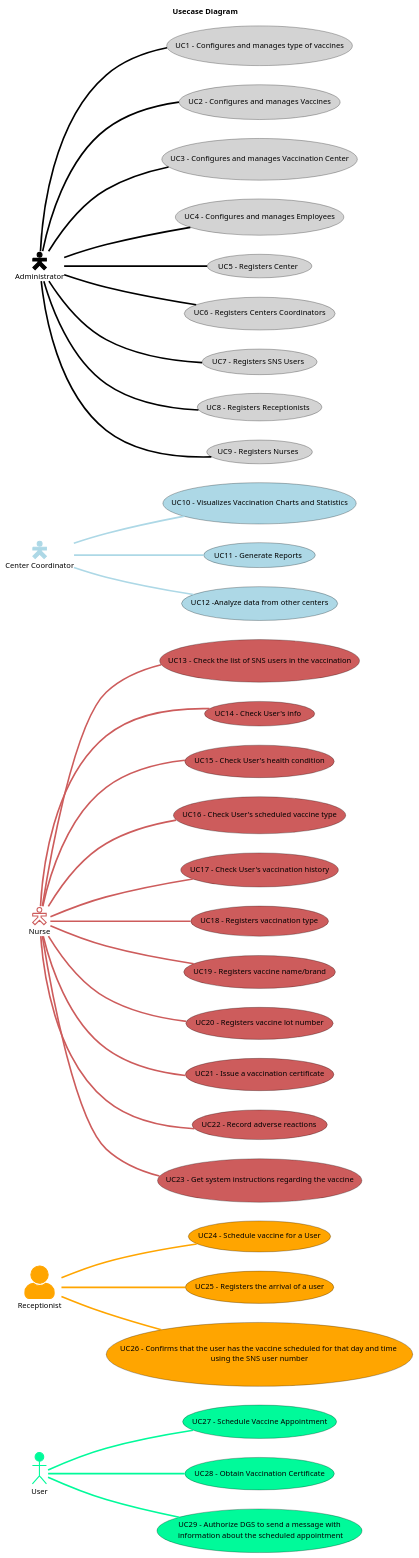
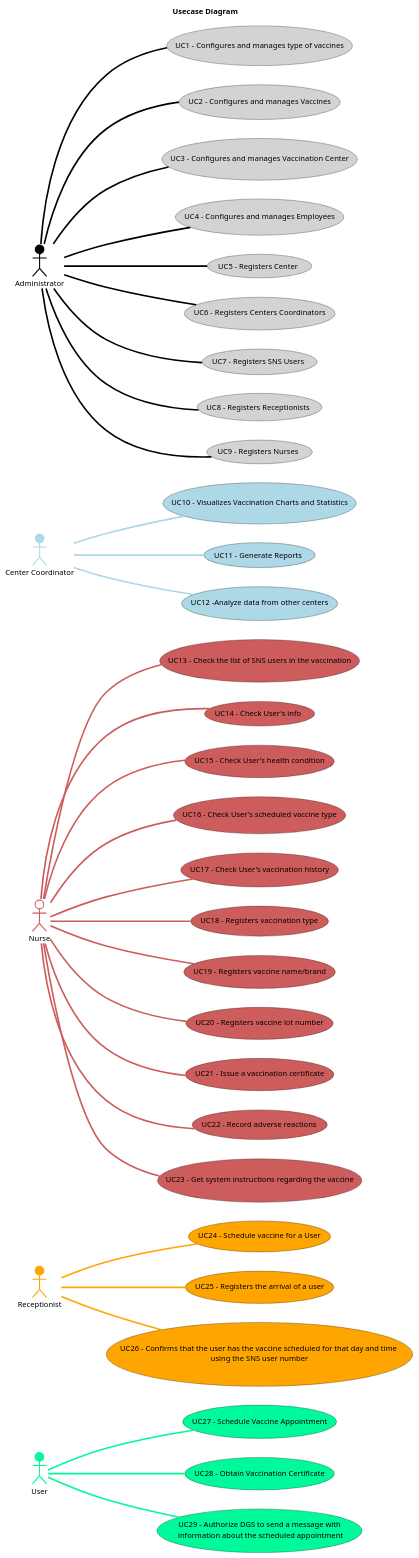
One commit to Pirussa/lei-22-s2-1da-g02 changed the diagram in docs/SprintA/UCD.puml. Above: the diagram before and after it, drawn with PlantUML. The commit also changed 1 other file, not shown here.

```diff
--- a/docs/SprintA/UCD.puml
+++ b/docs/SprintA/UCD.puml
@@ -1,106 +1,106 @@
 @startuml
 'https://plantuml.com/use-case-diagram
 '!pragma layout smetana
 
 left to right direction
 title Usecase Diagram
 skinparam titleBorderRoundCorner 20
 skinparam titleBorderThickness 2
 skinparam arrowThickness 3
 
 '**********User*************
 Usecase UC27 as "UC27 - Schedule Vaccine Appointment" #mediumSpringGreen;line:black
 Usecase UC28 as "UC28 - Obtain Vaccination Certificate" #mediumSpringGreen;line:black
 Usecase UC29 as "UC29 - Authorize DGS to send a message with\n information about the scheduled appointment" #mediumSpringGreen;line:black
 
 :User: as U #mediumSpringGreen;line:mediumSpringGreen
 
 U -d- UC27 #mediumSpringGreen
 U -d- UC28 #mediumSpringGreen
 U -d- UC29 #mediumSpringGreen
 
 
-skinparam actorStyle awesome
+
 
 
 '**********Recepcionist*************
 Usecase UC24 as "UC24 - Schedule vaccine for a User" #orange;line:black
 Usecase UC25 as "UC25 - Registers the arrival of a user" #orange;line:black
 Usecase UC26 as "UC26 - Confirms that the user has the vaccine scheduled for that day and time \n using the SNS user number "  #orange;line:black
 
 :Receptionist: as R #orange;line:orange
 R -d- UC24 #orange;line:orange
 R -d- UC25  #orange;line:orange
 R -d- UC26  #orange;line:orange
 
 
 
-skinparam actorStyle Hollow
+
 '**********Nurse*************
 Usecase UC13 as "UC13 - Check the list of SNS users in the vaccination"  #indianRed;line:black
 Usecase UC14 as "UC14 - Check User's info" #indianRed;line:black
 Usecase UC15 as "UC15 - Check User's health condition" #indianRed;line:black
 Usecase UC16 as "UC16 - Check User's scheduled vaccine type" #indianRed;line:black
 Usecase UC17 as "UC17 - Check User's vaccination history" #indianRed;line:black
 Usecase UC18 as "UC18 - Registers vaccination type" #indianRed;line:black
 Usecase UC19 as "UC19 - Registers vaccine name/brand" #indianRed;line:black
 Usecase UC20 as "UC20 - Registers vaccine lot number" #indianRed;line:black
 Usecase UC21 as "UC21 - Issue a vaccination certificate" #indianRed;line:black
 Usecase UC22 as "UC22 - Record adverse reactions" #indianRed;line:black
 Usecase UC23 as "UC23 - Get system instructions regarding the vaccine" #indianRed;line:black
 
 :Nurse: as N #white;line:indianRed
 N -d- UC13 #indianRed
 N -d- UC14 #indianRed
 N -d- UC15 #indianRed
 N -d- UC16 #indianRed
 N -d- UC17 #indianRed
 N -d- UC18 #indianRed
 N -d- UC19 #indianRed
 N -d- UC20 #indianRed
 N -d- UC21 #indianRed
 N -d- UC22 #indianRed
 N -d- UC23 #indianRed
 
 
 
 '**********Center Coordinator*************
 Usecase UC10 as "UC10 - Visualizes Vaccination Charts and Statistics" #lightblue;line:black
 Usecase UC11 as "UC11 - Generate Reports" #lightblue;line:black
 Usecase UC12 as "UC12 -Analyze data from other centers" #lightblue;line:black
 
 :Center Coordinator: as CC #lightblue;line:lightblue;
 CC -d- UC10 #lightblue;line:lightblue
 CC -d- UC11 #lightblue;line:lightblue
 CC -d- UC12 #lightblue;line:lightblue
 
 
 '**********ADMINISTRATOR*************
 Usecase UC1 as "UC1 - Configures and manages type of vaccines"   #lightgrey;line:black
 Usecase UC2 as "UC2 - Configures and manages Vaccines"  #lightgrey;line:black
 Usecase UC3 as "UC3 - Configures and manages Vaccination Center"   #lightgrey;line:black
 Usecase UC4 as "UC4 - Configures and manages Employees"  #lightgrey;line:black
 Usecase UC5 as "UC5 - Registers Center" #lightgrey;line:black
 Usecase UC6 as "UC6 - Registers Centers Coordinators" #lightgrey;line:black
 Usecase UC7 as "UC7 - Registers SNS Users" #lightgrey;line:black
 Usecase UC8 as "UC8 - Registers Receptionists" #lightgrey;line:black
 Usecase UC9 as "UC9 - Registers Nurses" #lightgrey;line:black
 
 
 :Administrator: as A #black;line:black
 A -d- UC1 #black;line:black
 A -d- UC2 #black;line:black
 A -d- UC3 #black;line:black
 A -d- UC4 #black;line:black
 A -d- UC5 #black;line:black
 A -d- UC6 #black;line:black
 A -d- UC7 #black;line:black
 A -d- UC8 #black;line:black
 A -d- UC9 #black;line:black
 
 
 '**********User*************
 
 
 
 @enduml
```
